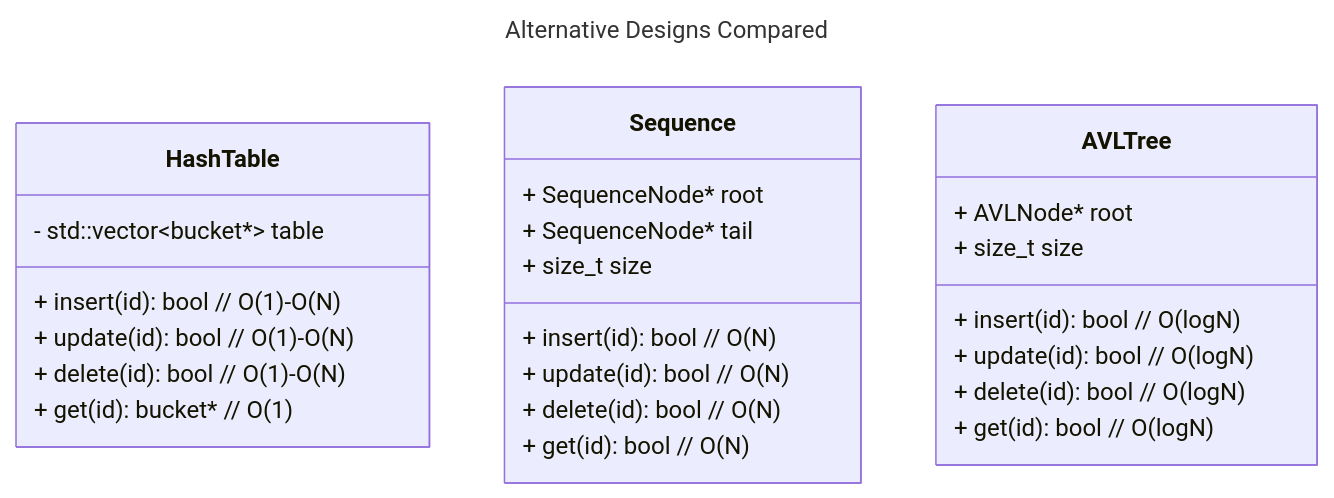
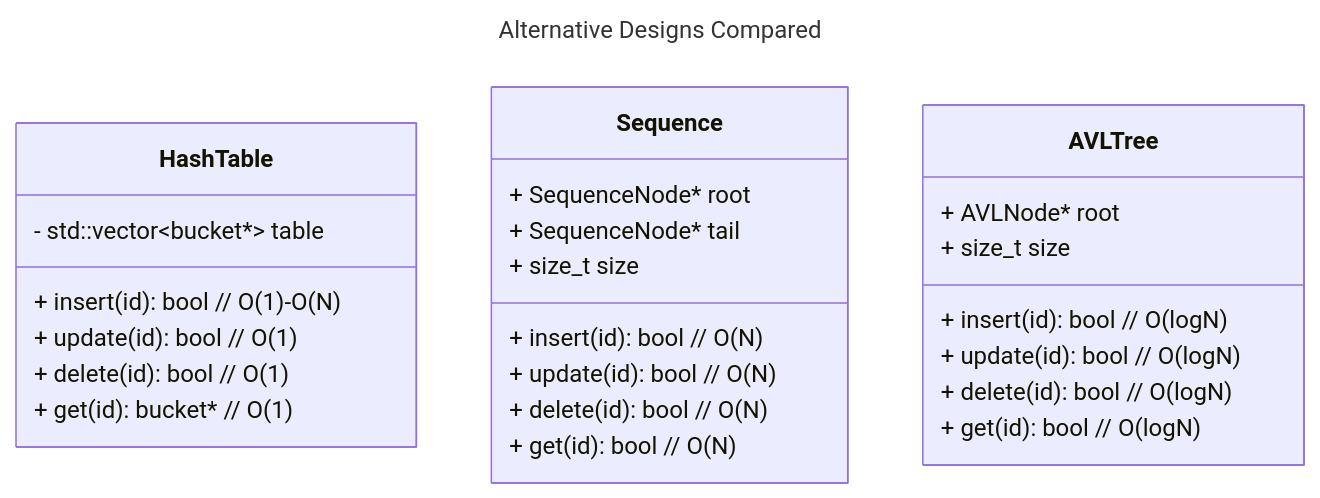
The second of 2 diagrams in DESIGN.md (WSU-janderson/project6-multiset-design-GrantBenR), drawn with Mermaid before and after one commit. The commit also changed other lines of this file, not shown here.

````diff
--- a/DESIGN.md
+++ b/DESIGN.md
@@ -162,32 +162,32 @@
 ```mermaid
 ---
 title: Alternative Designs Compared
 ---
 classDiagram
 class HashTable{
     - std::vector&lt;bucket*&gt table
     + insert(id): bool // O(1)-O(N)
-    + update(id): bool // O(1)-O(N)
-    + delete(id): bool // O(1)-O(N)
+    + update(id): bool // O(1)
+    + delete(id): bool // O(1)
     + get(id): bucket* // O(1)
 }
 
 class Sequence{
     + SequenceNode* root
     + SequenceNode* tail
     + size_t size
     + insert(id): bool // O(N)
     + update(id): bool // O(N)
     + delete(id): bool // O(N)
     + get(id): bool // O(N)
 }
 
 class AVLTree{
     + AVLNode* root
     + size_t size
     + insert(id): bool // O(logN)
     + update(id): bool // O(logN)
     + delete(id): bool // O(logN)
     + get(id): bool // O(logN)
 }
 ```
````
